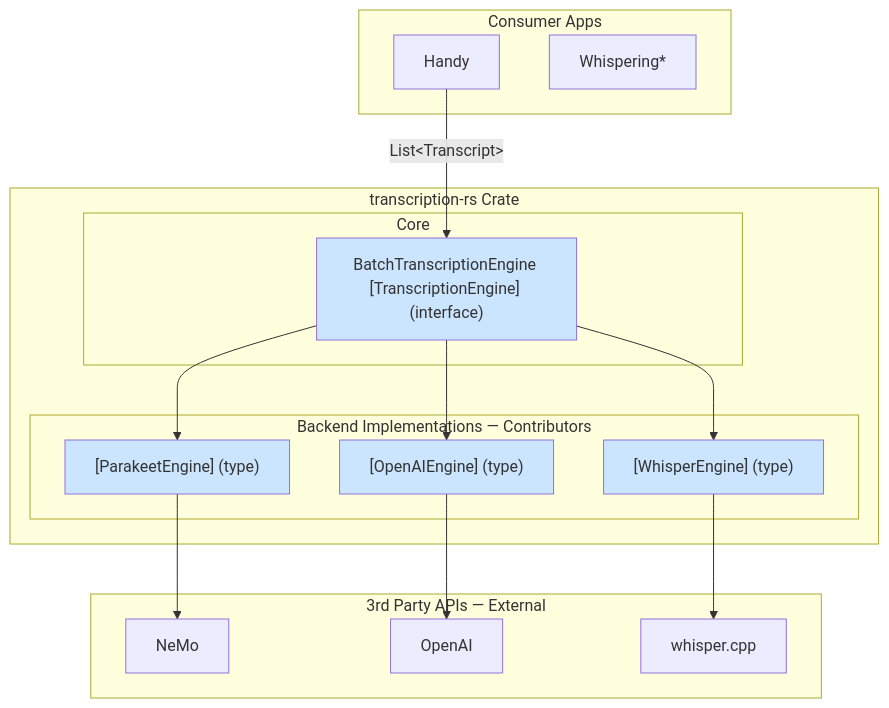
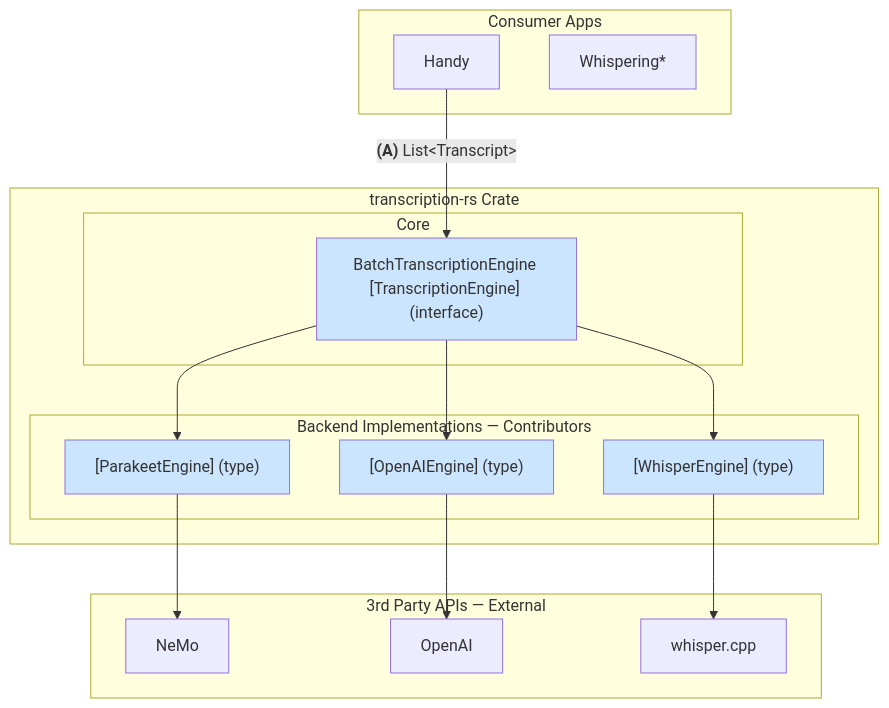
The second of 4 diagrams in specs/transcription-rs.md (cjpais/transcribe-rs), drawn with Mermaid before and after one commit. The commit also changed other lines of this file and 1 other file, not shown here.

````diff
--- a/specs/transcription-rs.md
+++ b/specs/transcription-rs.md
@@ -31,38 +52,38 @@
 ```mermaid
 graph TB
     subgraph Apps ["Consumer Apps"]
         Handy[Handy]
         Whispering[Whispering*]
     end
 
     subgraph Library ["transcription-rs Crate"]
         subgraph Core ["Core"]
             BatchEngine["BatchTranscriptionEngine [TranscriptionEngine] (interface)"]
         end
 
         subgraph Backends ["Backend Implementations — Contributors"]
             ParakeetEngine["[ParakeetEngine] (type)"]
             OpenAIEngine["[OpenAIEngine] (type)"]
             WhisperEngine["[WhisperEngine] (type)"]
         end
     end
 
     subgraph External ["3rd Party APIs — External"]
         NeMo[NeMo]
         OpenAI[OpenAI]
         WhisperCpp[whisper.cpp]
     end
 
-    Handy -->|"List&lt;Transcript&gt;"| BatchEngine
+    Handy -->|"<b>(A)</b> List&lt;Transcript&gt;"| BatchEngine
 
     BatchEngine --> ParakeetEngine
     BatchEngine --> OpenAIEngine
     BatchEngine --> WhisperEngine
 
     ParakeetEngine --> NeMo
     OpenAIEngine --> OpenAI
     WhisperEngine --> WhisperCpp
 
     classDef pullExisting fill:#cce5ff
     class ParakeetEngine,OpenAIEngine,WhisperEngine,BatchEngine pullExisting
 ```
````
